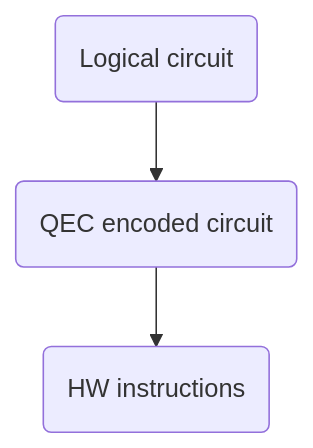
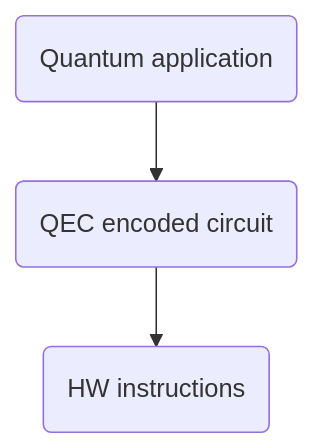
The diagram in README.md (anpaz/qstack), drawn with Mermaid before and after one commit. The commit also changed other lines of this file and 18 other files, not shown here.

````diff
--- a/README.md
+++ b/README.md
@@ -7,4 +7,4 @@
 ```mermaid
 flowchart TD
-    A(Logical circuit) --> B(QEC encoded circuit) --> C(HW  instructions)
+    A(Quantum application) --> B(QEC encoded circuit) --> C(HW  instructions)
 ```
````
